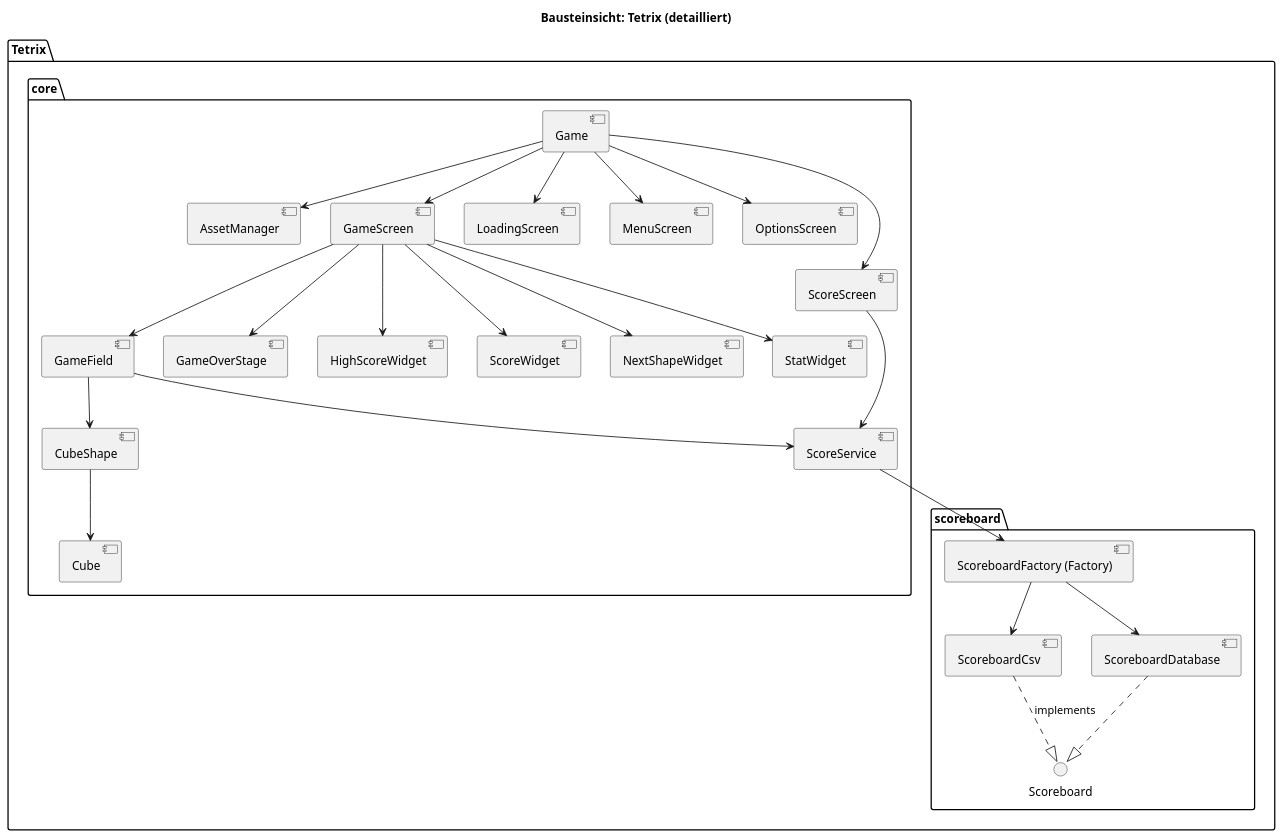
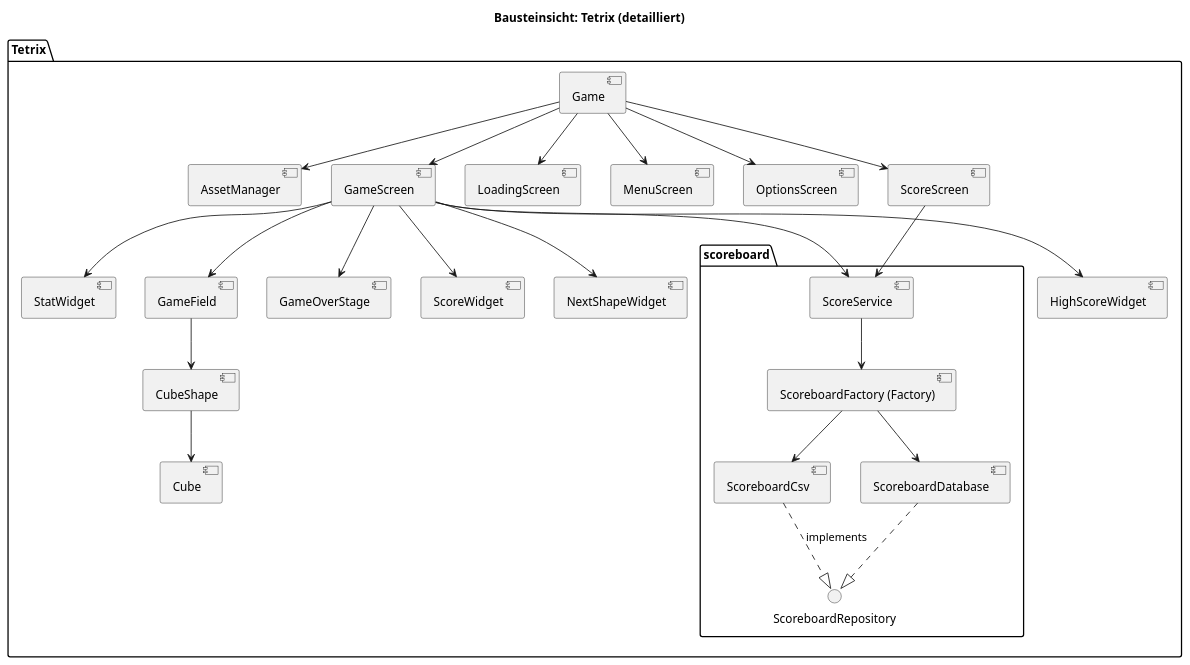
The diagram in docs/uml/Bausteinsicht.puml (Noah-Martinez/Tetrix), drawn with PlantUML before and after one commit. The commit also changed 18 other files, not shown here.

```diff
--- a/docs/uml/Bausteinsicht.puml
+++ b/docs/uml/Bausteinsicht.puml
@@ -1,62 +1,60 @@
 @startuml
 title Bausteinsicht: Tetrix (detailliert)
 
 package "Tetrix" {
-  package "core" {
-    component "Game" as Game
-    component "AssetManager" as AM
+  component "Game" as Game
+  component "AssetManager" as AM
 
-    component "GameScreen" as GScreen
-    component "GameField" as GField
-    component "CubeShape" as CS
-    component "Cube" as Cube
+  component "GameScreen" as GScreen
+  component "GameField" as GField
+  component "CubeShape" as CS
+  component "Cube" as Cube
 
-    component "GameOverStage" as GOStage
-    component "HighScoreWidget" as HSWidget
-    component "ScoreWidget" as SWidget
-    component "NextShapeWidget" as NSWidget
-    component "StatWidget" as StatWidget
+  component "GameOverStage" as GOStage
+  component "HighScoreWidget" as HSWidget
+  component "ScoreWidget" as SWidget
+  component "NextShapeWidget" as NSWidget
+  component "StatWidget" as StatWidget
 
-    component "LoadingScreen" as LS
-    component "MenuScreen" as MS
-    component "OptionsScreen" as OS
-    component "ScoreService" as SService
-    component "ScoreScreen" as SScreen
-  }
+  component "LoadingScreen" as LS
+  component "MenuScreen" as MS
+  component "OptionsScreen" as OS
+  component "ScoreScreen" as SScreen
 
   package "scoreboard" {
-    interface "Scoreboard" as SI
+    component "ScoreService" as SService
+    interface "ScoreboardRepository" as SR
     component "ScoreboardCsv" as SC
     component "ScoreboardDatabase" as SD
     component "ScoreboardFactory (Factory)" as SF
   }
 }
 
 Game --> AM
 Game --> GScreen
 GScreen --> GField
 GScreen --> StatWidget
-GField --> SService
+GScreen --> SService
 GField --> CS
 CS --> Cube
 GScreen --> GOStage
 GScreen --> HSWidget
 GScreen --> SWidget
 GScreen --> NSWidget
 
 
 Game --> LS
 Game --> MS
 Game --> OS
 Game --> SScreen
 SScreen --> SService
 
 SService --> SF
 
 ' Persistenz
 SF --> SD
 SF --> SC
-SD ..|> SI
-SC ..|> SI : implements
+SD ..|> SR
+SC ..|> SR : implements
 
 @enduml
```
